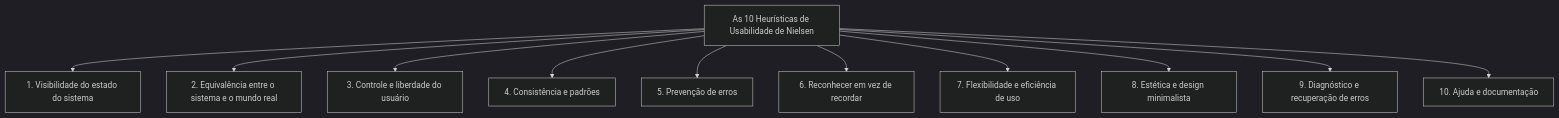
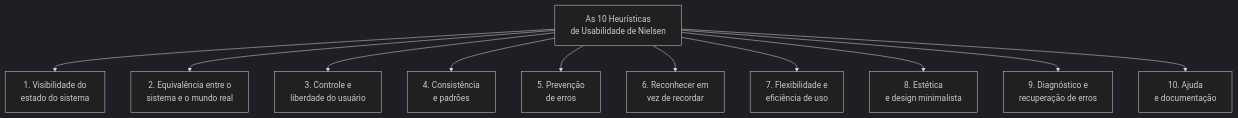
One commit to leorruas/puc changed the second of 4 diagrams in 08. Design de Interacao/20. Avaliação por inspeção - avaliação heurística e percurso cognitivo.md. Above: the diagram before and after it, drawn with Mermaid (dark theme). The commit also changed other lines of this file and 16 other files, not shown here.

Commit message:
style(mermaid): comprehensive audit and optimization of 45 Mermaid blocks across all 22 topic notes

````diff
--- a/08. Design de Interacao/20. Avaliação por inspeção - avaliação heurística e percurso cognitivo.md
+++ b/08. Design de Interacao/20. Avaliação por inspeção - avaliação heurística e percurso cognitivo.md
@@ -54,13 +54,13 @@
 ```mermaid
 graph TD
-    Nielsen["As 10 Heurísticas de Usabilidade de Nielsen"] --> H1["1. Visibilidade do estado do sistema"]
-    Nielsen --> H2["2. Equivalência entre o sistema e o mundo real"]
-    Nielsen --> H3["3. Controle e liberdade do usuário"]
-    Nielsen --> H4["4. Consistência e padrões"]
-    Nielsen --> H5["5. Prevenção de erros"]
-    Nielsen --> H6["6. Reconhecer em vez de recordar"]
-    Nielsen --> H7["7. Flexibilidade e eficiência de uso"]
-    Nielsen --> H8["8. Estética e design minimalista"]
-    Nielsen --> H9["9. Diagnóstico e recuperação de erros"]
-    Nielsen --> H10["10. Ajuda e documentação"]
+    Nielsen["As 10 Heurísticas<br>de Usabilidade de Nielsen"] --> H1["1. Visibilidade do<br>estado do sistema"]
+    Nielsen --> H2["2. Equivalência entre o<br>sistema e o mundo real"]
+    Nielsen --> H3["3. Controle e<br>liberdade do usuário"]
+    Nielsen --> H4["4. Consistência<br>e padrões"]
+    Nielsen --> H5["5. Prevenção<br>de erros"]
+    Nielsen --> H6["6. Reconhecer em<br>vez de recordar"]
+    Nielsen --> H7["7. Flexibilidade e<br>eficiência de uso"]
+    Nielsen --> H8["8. Estética<br>e design minimalista"]
+    Nielsen --> H9["9. Diagnóstico e<br>recuperação de erros"]
+    Nielsen --> H10["10. Ajuda<br>e documentação"]
 ```
````
